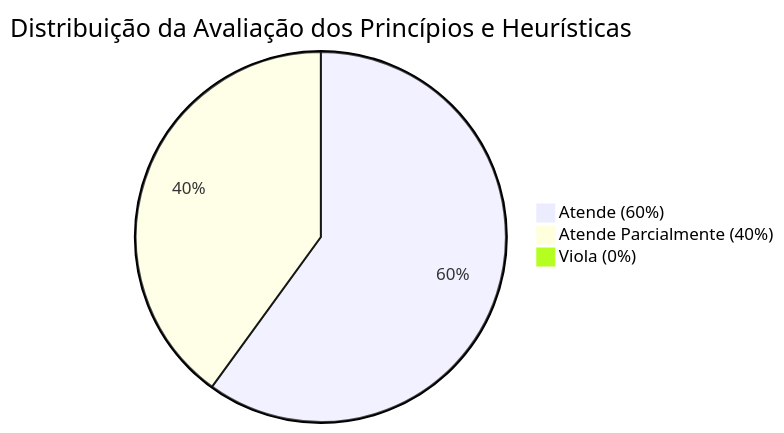
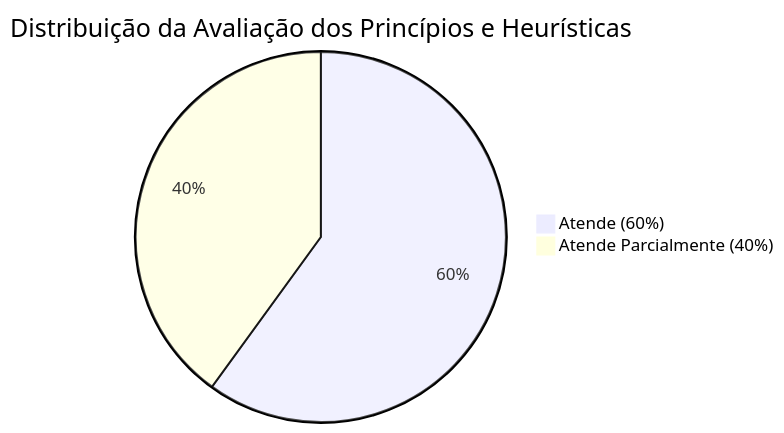
Before and after one commit to Interacao-Humano-Computador/2026.2-Grupo08: the diagram in docs/analise-requisitos/principios-gerais-de-projeto.md, drawn with Mermaid. The commit also changed other lines of this file and 2 other files, not shown here.

Commit message:
fix(mermaid): corrige grafico de principios gerais e sanitiza rotulos de diagramas da tarefa 1

````diff
--- a/docs/analise-requisitos/principios-gerais-de-projeto.md
+++ b/docs/analise-requisitos/principios-gerais-de-projeto.md
@@ -145,6 +145,5 @@
 ```mermaid
 pie title Distribuição da Avaliação dos Princípios e Heurísticas
     "Atende (60%)" : 6
     "Atende Parcialmente (40%)" : 4
-    "Viola (0%)" : 0
 ```
````
